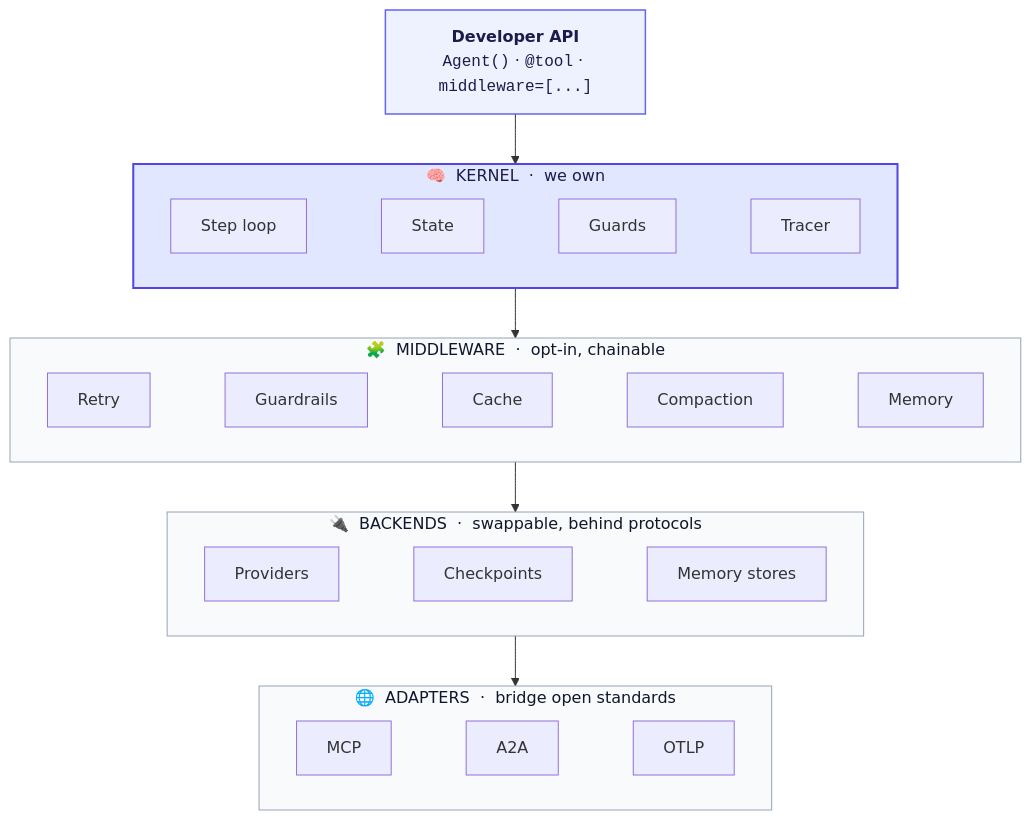
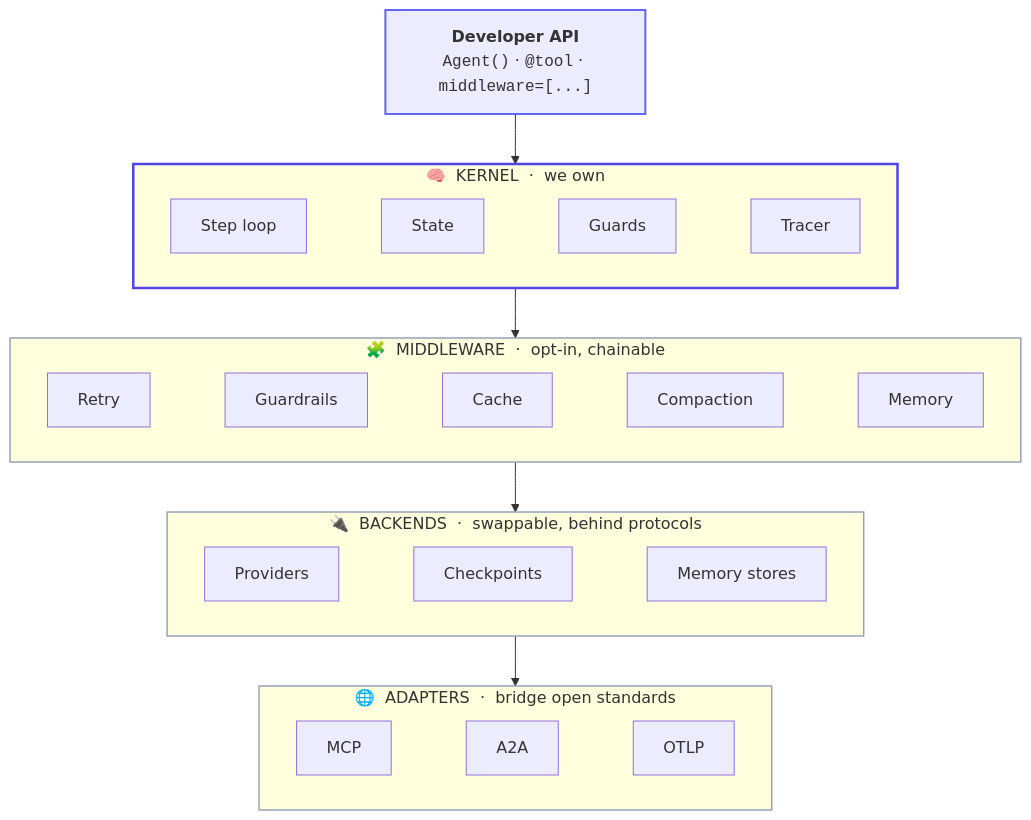
The diagram in docs/architecture.md (Research-Analytics-Solutions/spine), drawn with Mermaid before and after one commit.

Commit message:
docs: fix mermaid diagram invisibility in dark mode
Drop hardcoded light fills + dark text-color overrides; use stroke-only accents
so node/subgraph text follows the Material theme color and stays readable in
both light and dark mode.

````diff
--- a/docs/architecture.md
+++ b/docs/architecture.md
@@ -24,33 +24,35 @@
 ```mermaid
 flowchart TB
     API["<b>Developer API</b><br/><code>Agent()</code> · <code>@tool</code> · <code>middleware=[...]</code>"]
 
     subgraph KERNEL ["🧠 &nbsp;KERNEL &nbsp;·&nbsp; we own"]
         direction LR
         K1[Step loop] ~~~ K2[State] ~~~ K3[Guards] ~~~ K4[Tracer]
     end
 
     subgraph MW ["🧩 &nbsp;MIDDLEWARE &nbsp;·&nbsp; opt-in, chainable"]
         direction LR
         M1[Retry] ~~~ M2[Guardrails] ~~~ M3[Cache] ~~~ M4[Compaction] ~~~ M5[Memory]
     end
 
     subgraph BE ["🔌 &nbsp;BACKENDS &nbsp;·&nbsp; swappable, behind protocols"]
         direction LR
         B1[Providers] ~~~ B2[Checkpoints] ~~~ B3[Memory stores]
     end
 
     subgraph AD ["🌐 &nbsp;ADAPTERS &nbsp;·&nbsp; bridge open standards"]
         direction LR
         A1[MCP] ~~~ A2[A2A] ~~~ A3[OTLP]
     end
 
     API --> KERNEL --> MW --> BE --> AD
 
-    classDef api fill:#eef2ff,stroke:#6366f1,stroke-width:1.5px,color:#1e1b4b;
-    classDef kernel fill:#e0e7ff,stroke:#4f46e5,stroke-width:2px,color:#1e1b4b;
-    classDef plane fill:#f8fafc,stroke:#94a3b8,color:#0f172a;
+    %% stroke-only accents — no fill/text-color overrides, so text follows the
+    %% Material theme and stays readable in both light and dark mode.
+    classDef api stroke:#6366f1,stroke-width:2px;
+    classDef kernel stroke:#4f46e5,stroke-width:2.5px;
+    classDef plane stroke:#94a3b8,stroke-width:1.5px;
     class API api;
     class KERNEL kernel;
     class MW,BE,AD plane;
 ```
````
